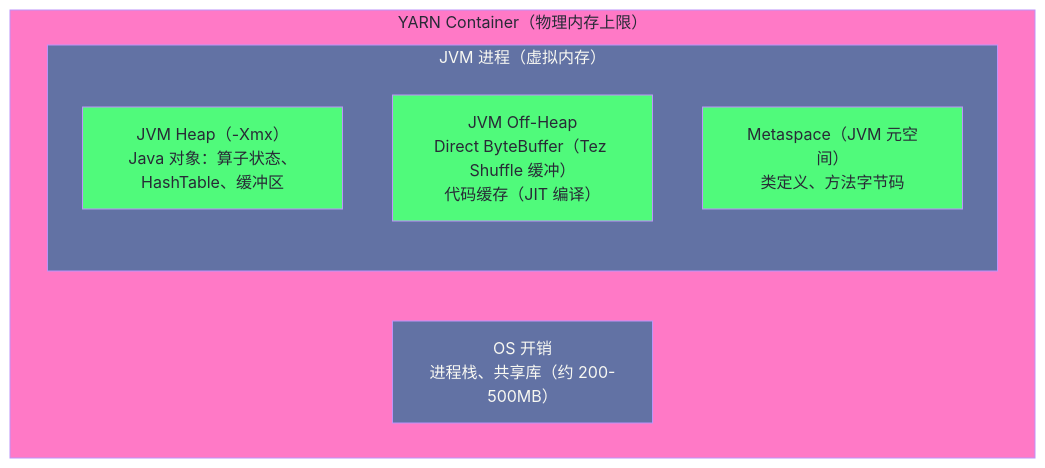
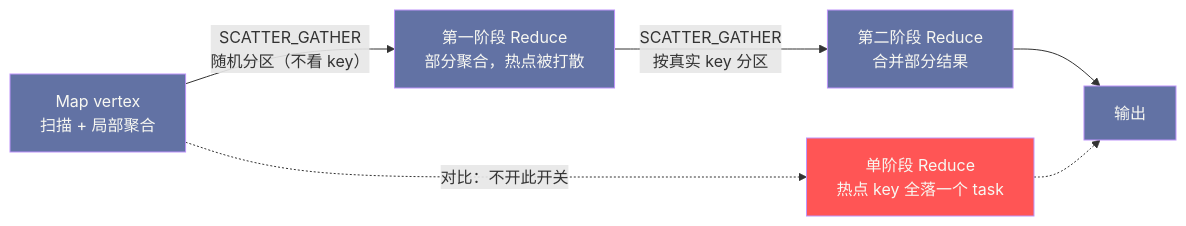
Before and after one commit to hpliStartAgain/my-brain: the fourth of 5 diagrams in content/大数据/Hive/10 Tez 调优实战：DAG 诊断、内存配置与数据倾斜治理.md, drawn with Mermaid. The commit also changed other lines of this file and 455 other files, not shown here.

````diff
--- a/content/大数据/Hive/10 Tez 调优实战：DAG 诊断、内存配置与数据倾斜治理.md
+++ b/content/大数据/Hive/10 Tez 调优实战：DAG 诊断、内存配置与数据倾斜治理.md
@@ -108,19 +353,14 @@
 ```mermaid
-%%{init: {"theme": "dracula", "themeVariables": {"primaryColor": "#6272a4", "primaryTextColor": "#f8f8f2", "lineColor": "#ff79c6"}}}%%
-graph TD
-    subgraph YARN["YARN Container（物理内存上限）"]
-        subgraph JVM["JVM 进程（虚拟内存）"]
-            HEAP["JVM Heap（-Xmx）</br>Java 对象：算子状态、HashTable、缓冲区"]
-            OFFHEAP["JVM Off-Heap</br>Direct ByteBuffer（Tez Shuffle 缓冲）</br>代码缓存（JIT 编译）"]
-            META["Metaspace（JVM 元空间）</br>类定义、方法字节码"]
-        end
-        OS["OS 开销</br>进程栈、共享库（约 200-500MB）"]
-    end
-
-    classDef yarn fill:#ff79c6,stroke:#bd93f9,color:#282a36
-    classDef jvm fill:#6272a4,stroke:#bd93f9,color:#f8f8f2
-    classDef heap fill:#50fa7b,stroke:#bd93f9,color:#282a36
-    class YARN yarn
-    class JVM,OS jvm
-    class HEAP,OFFHEAP,META heap
+%%{init: {'theme': 'dracula'}}%%
+graph LR
+    M["Map vertex<br/>扫描 + 局部聚合"] -->|"SCATTER_GATHER<br/>随机分区（不看 key）"| R1["第一阶段 Reduce<br/>部分聚合，热点被打散"]
+    R1 -->|"SCATTER_GATHER<br/>按真实 key 分区"| R2["第二阶段 Reduce<br/>合并部分结果"]
+    R2 --> O["输出"]
+    M -.->|"对比：不开此开关"| R0["单阶段 Reduce<br/>热点 key 全落一个 task"]
+    R0 -.-> O
+    classDef v fill:#6272a4,stroke:#bd93f9,color:#f8f8f2
+    classDef hot fill:#ff5555,stroke:#bd93f9,color:#f8f8f2
+    classDef ok fill:#50fa7b,stroke:#bd93f9,color:#282a36
+    class M,R1,R2,O v
+    class R0 hot
 ```
````
